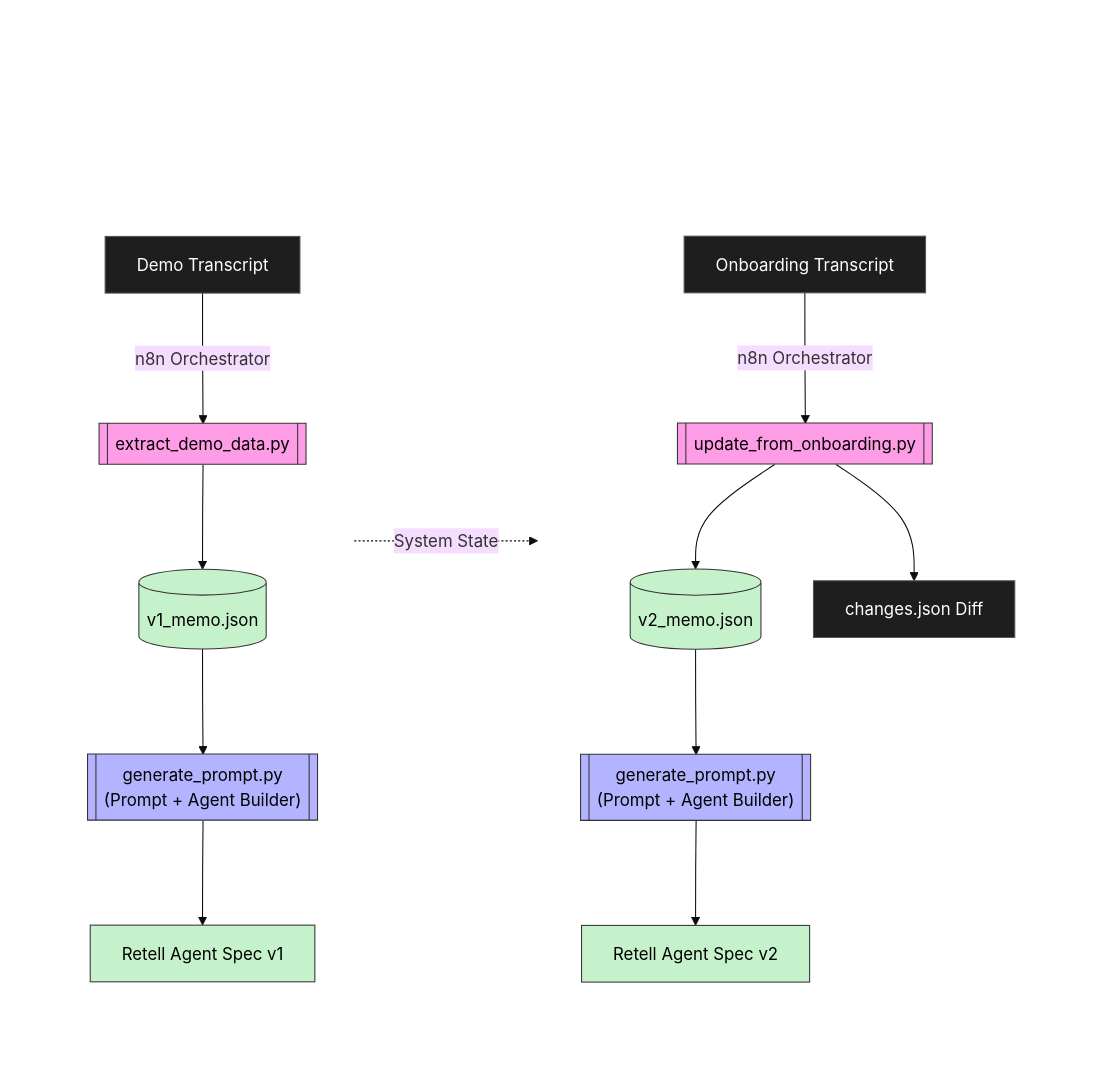
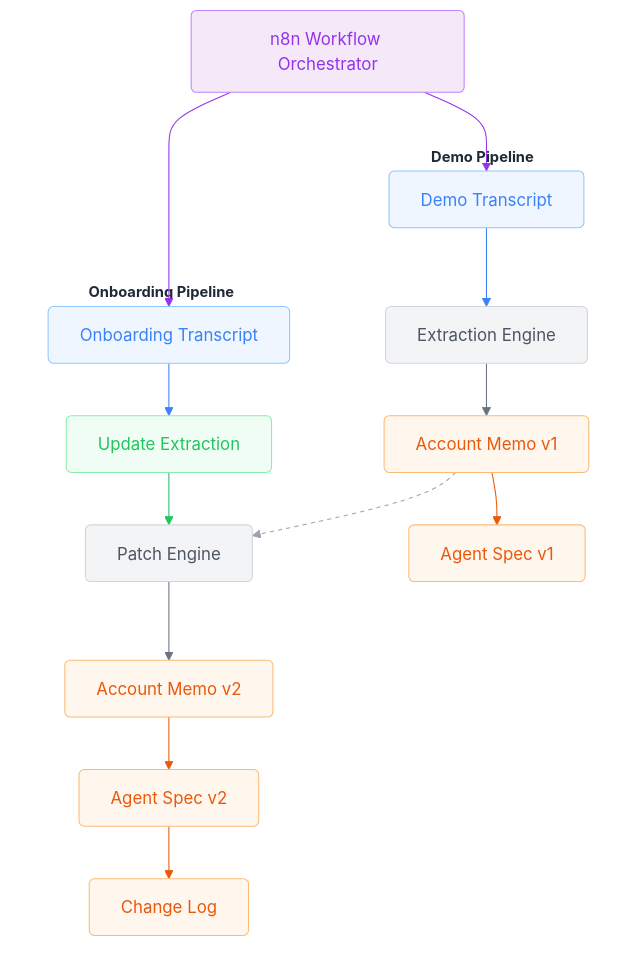
One commit to Soumik-R/clara-agent-pipeline changed the second of 2 diagrams in README.md. Above: the diagram before and after it, drawn with Mermaid (base theme). The commit also changed other lines of this file, not shown here.

````diff
--- a/README.md
+++ b/README.md
@@ -145,42 +145,56 @@
 ```mermaid
 graph TD
-    %% Custom Styles
-    classDef darkNode fill:#1E1E1E,stroke:#555,stroke-width:1px,color:#fff;
-    classDef scriptPink fill:#ff9ce6,stroke:#333,stroke-width:1px,color:#000;
-    classDef scriptBlue fill:#b3b3ff,stroke:#333,stroke-width:1px,color:#000;
-    classDef dataGreen fill:#c6f2cb,stroke:#333,stroke-width:1px,color:#000;
-    classDef invis fill:transparent,stroke:none,color:transparent;
+    classDef purple fill:#f5e8f9,stroke:#c084fc,stroke-width:1px,color:#9333ea,rx:5px,ry:5px;
+    classDef blue fill:#eff6ff,stroke:#93c5fd,stroke-width:1px,color:#3b82f6,rx:5px,ry:5px;
+    classDef grey fill:#f3f4f6,stroke:#d1d5db,stroke-width:1px,color:#4b5563,rx:5px,ry:5px;
+    classDef green fill:#f0fdf4,stroke:#86efac,stroke-width:1px,color:#22c55e,rx:5px,ry:5px;
+    classDef orange fill:#fff7ed,stroke:#fdba74,stroke-width:1px,color:#ea580c,rx:5px,ry:5px;
 
-    subgraph Wrapper [ ]
-        direction LR
-        
-        %% Demo Phase
-        subgraph DemoPhase ["Pipeline A: Demo Call"]
-            direction TD
-            Spacer1[ ]:::invis ~~~ A[Demo Transcript]:::darkNode
-            A -->|n8n Orchestrator| B[[extract_demo_data.py]]:::scriptPink
-            B --> C[(v1_memo.json)]:::dataGreen
-            C --> D[["generate_prompt.py\n(Prompt + Agent Builder)"]]:::scriptBlue
-            D --> E[Retell Agent Spec v1]:::dataGreen
-        end
+    style DemoPhase fill:transparent,stroke:none,color:#1f2937,font-weight:bold,font-size:14px;
+    style OnboardingPhase fill:transparent,stroke:none,color:#1f2937,font-weight:bold,font-size:14px;
 
-        %% Onboarding Phase
-        subgraph OnboardingPhase ["Pipeline B: Onboarding Update"]
-            direction TD
-            Spacer2[ ]:::invis ~~~ F[Onboarding Transcript]:::darkNode
-            F -->|n8n Orchestrator| G[[update_from_onboarding.py]]:::scriptPink
-            G --> H[(v2_memo.json)]:::dataGreen
-            G --> I[changes.json Diff]:::darkNode
-            H --> J[["generate_prompt.py\n(Prompt + Agent Builder)"]]:::scriptBlue
-            J --> K[Retell Agent Spec v2]:::dataGreen
-        end
+    O[n8n Workflow Orchestrator]:::purple
+
+    subgraph DemoPhase ["Demo Pipeline"]
+        A[Demo Transcript]:::blue
+        B[Extraction Engine]:::grey
+        C[Account Memo v1]:::orange
+        D[Agent Spec v1]:::orange
+
+        A --> B
+        B --> C
+        C --> D
     end
+
+    subgraph OnboardingPhase ["Onboarding Pipeline"]
+        E[Onboarding Transcript]:::blue
+        F[Update Extraction]:::green
+        G[Patch Engine]:::grey
+        H[Account Memo v2]:::orange
+        I[Agent Spec v2]:::orange
+        J[Change Log]:::orange
+
+        E --> F
+        F --> G
+        G --> H
+        H --> I
+        I --> J
+    end
+
+    O --> A
+    O --> E
     
-    %% Cross-pipeline state connection
-    C -. "System State" .-> G
-    
-    %% Make Subgraph Backgrounds Transparent
-    style Wrapper fill:transparent,stroke:none;
-    style DemoPhase fill:transparent,stroke:none,color:#fff;
-    style OnboardingPhase fill:transparent,stroke:none,color:#fff;
+    C -.-> G
+
+    linkStyle 0 stroke:#3b82f6,stroke-width:1px;
+    linkStyle 1 stroke:#6b7280,stroke-width:1px;
+    linkStyle 2 stroke:#ea580c,stroke-width:1px;
+    linkStyle 3 stroke:#3b82f6,stroke-width:1px;
+    linkStyle 4 stroke:#22c55e,stroke-width:1px;
+    linkStyle 5 stroke:#6b7280,stroke-width:1px;
+    linkStyle 6 stroke:#ea580c,stroke-width:1px;
+    linkStyle 7 stroke:#ea580c,stroke-width:1px;
+    linkStyle 8 stroke:#9333ea,stroke-width:1px;
+    linkStyle 9 stroke:#9333ea,stroke-width:1px;
+    linkStyle 10 stroke:#9ca3af,stroke-width:1px,stroke-dasharray: 4 4;
 ```
````
